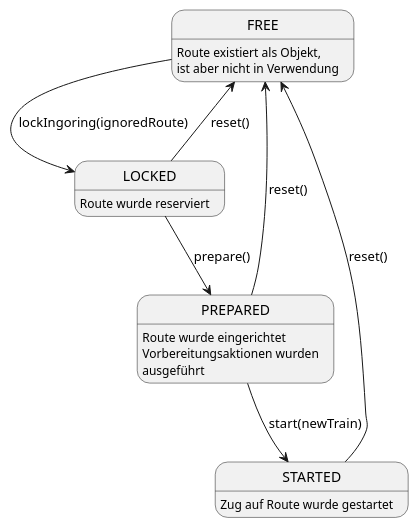
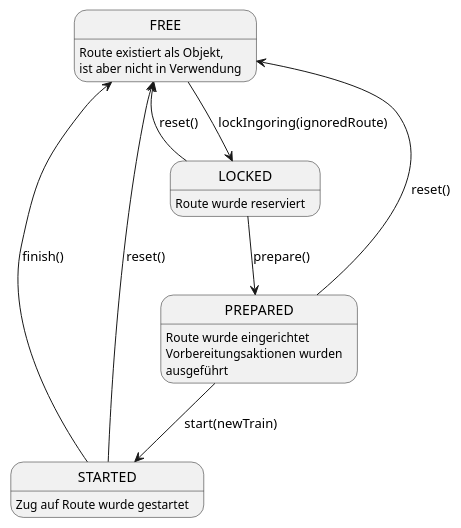
Before and after one commit to srsoftware-de/Web4Rail: the diagram in doc/routing/routing.plantuml, drawn with PlantUML. The commit also changed other lines of this file and 11 other files, not shown here.

```diff
--- a/doc/routing/routing.plantuml
+++ b/doc/routing/routing.plantuml
@@ -1,20 +1,21 @@
 @startuml component
 FREE: Route existiert als Objekt,
 FREE: ist aber nicht in Verwendung
 
 LOCKED: Route wurde reserviert
 
 PREPARED: Route wurde eingerichtet
 PREPARED: Vorbereitungsaktionen wurden
 PREPARED: ausgeführt
 
 STARTED: Zug auf Route wurde gestartet
 
 FREE --> LOCKED : lockIngoring(ignoredRoute)
 LOCKED --> PREPARED : prepare()
 PREPARED --> STARTED : start(newTrain)
 STARTED --> FREE : reset()
+STARTED -left-> FREE : finish()
 PREPARED --> FREE : reset()
 LOCKED --> FREE : reset()
 
 @enduml
```
